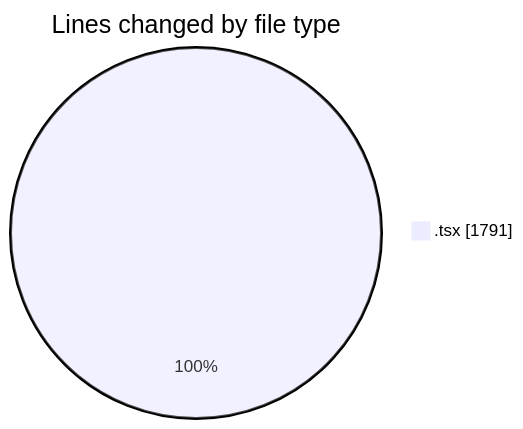
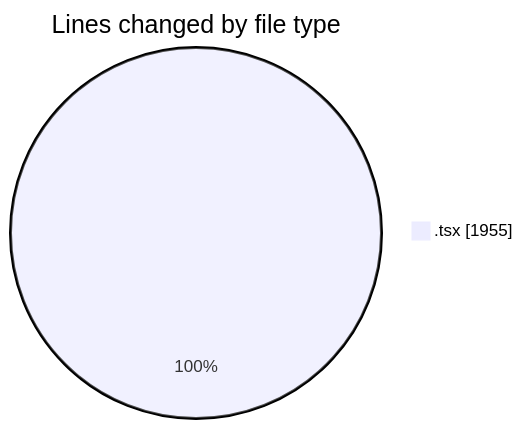
Before and after one commit to momahboobian/code-tracking: the first of 2 diagrams in 2025-06-13/cda/README.md, drawn with Mermaid. The commit also changed other lines of this file and 1 other file, not shown here.

````diff
--- a/2025-06-13/cda/README.md
+++ b/2025-06-13/cda/README.md
@@ -23,5 +25,5 @@
 ```mermaid
 pie showData
 title Lines changed by file type
-".tsx" : 1791
+".tsx" : 1955
 ```
````
